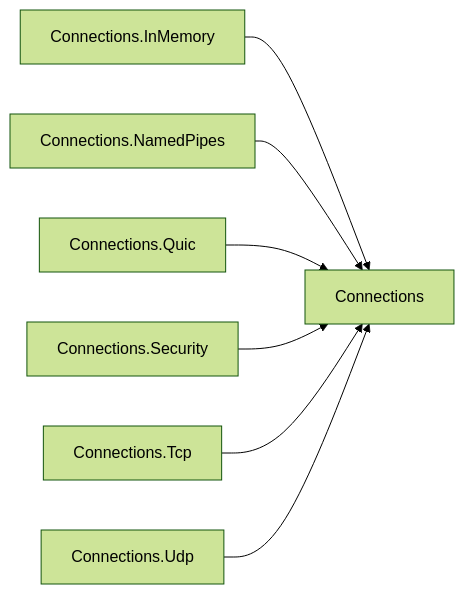
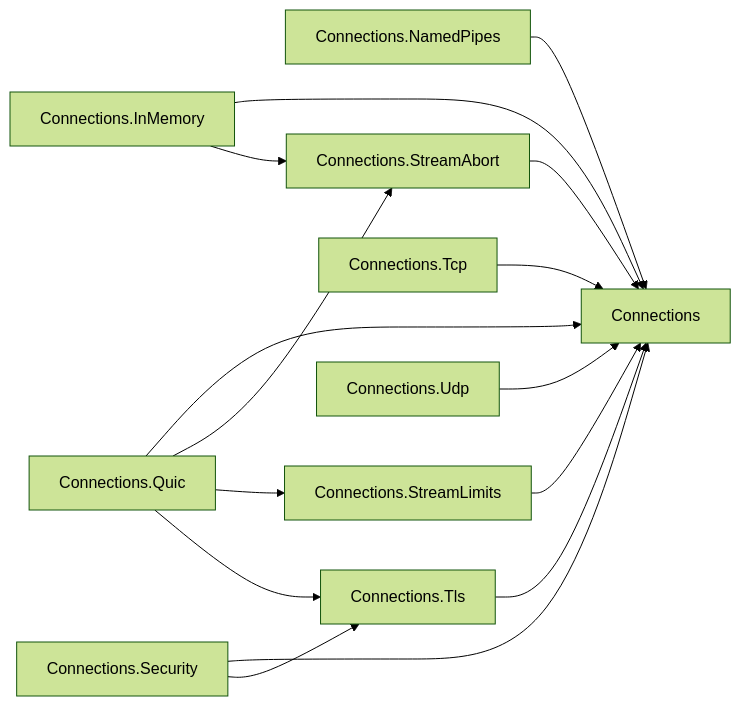
Before and after one commit to assimalign/cohesion: the fifth of 29 diagrams in docs/DEPENDENCIES.md, drawn with Mermaid (forest theme). The commit also changed other lines of this file and 92 other files, not shown here.

````diff
--- a/docs/DEPENDENCIES.md
+++ b/docs/DEPENDENCIES.md
@@ -245,16 +245,27 @@
 ```mermaid
 flowchart LR
     N0["Connections"]
     N1["Connections.InMemory"]
     N2["Connections.NamedPipes"]
     N3["Connections.Quic"]
     N4["Connections.Security"]
-    N5["Connections.Tcp"]
-    N6["Connections.Udp"]
+    N5["Connections.StreamAbort"]
+    N6["Connections.StreamLimits"]
+    N7["Connections.Tcp"]
+    N8["Connections.Tls"]
+    N9["Connections.Udp"]
     N1 --> N0
+    N1 --> N5
     N2 --> N0
     N3 --> N0
+    N3 --> N5
+    N3 --> N6
+    N3 --> N8
     N4 --> N0
+    N4 --> N8
     N5 --> N0
     N6 --> N0
+    N7 --> N0
+    N8 --> N0
+    N9 --> N0
 ```
````
